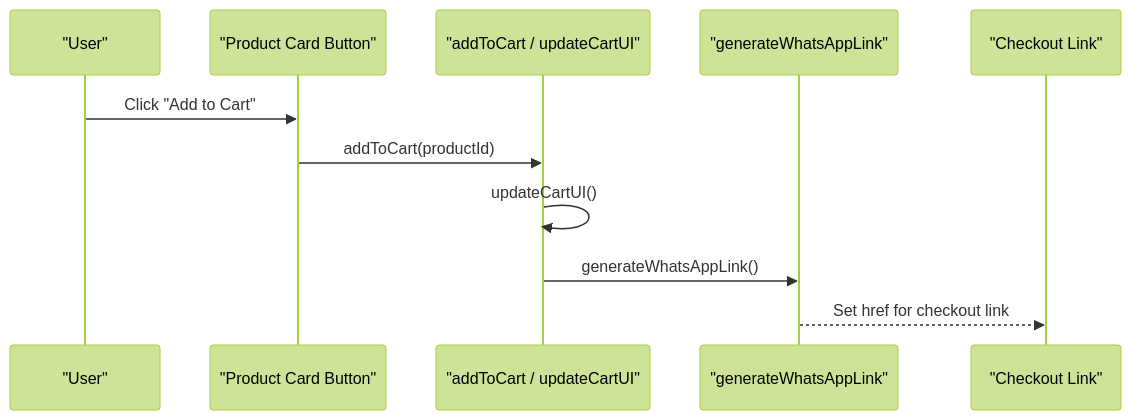
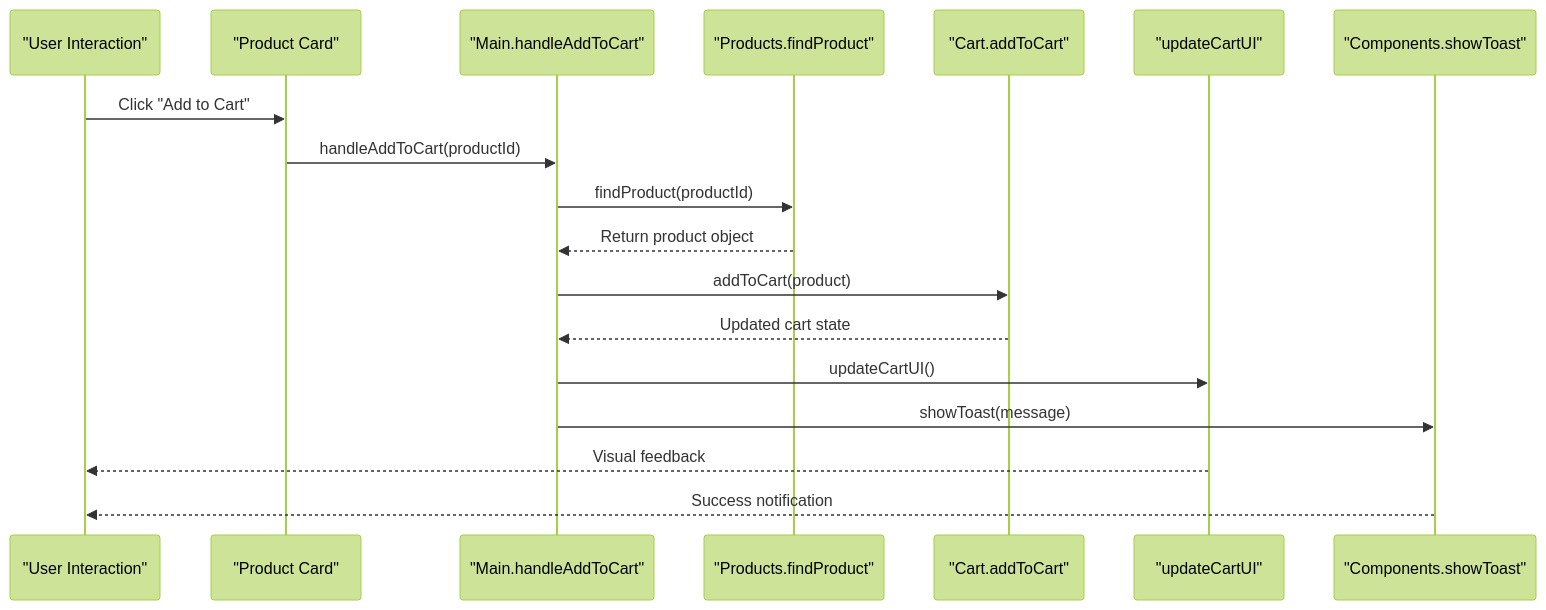
The sixth of 6 diagrams in .qoder/repowiki/en/content/Product Management System/Product Management System.md (queenflowerhk/queenflowerhk.github.io), drawn with Mermaid (forest theme) before and after one commit. The commit also changed other lines of this file and 36 other files, not shown here.

````diff
--- a/.qoder/repowiki/en/content/Product Management System/Product Management System.md
+++ b/.qoder/repowiki/en/content/Product Management System/Product Management System.md
@@ -286,13 +273,20 @@
 ```mermaid
 sequenceDiagram
-participant User as "User"
-participant Card as "Product Card Button"
-participant Cart as "addToCart / updateCartUI"
-participant WA as "generateWhatsAppLink"
-participant DOM as "Checkout Link"
+participant User as "User Interaction"
+participant Card as "Product Card"
+participant Main as "Main.handleAddToCart"
+participant Products as "Products.findProduct"
+participant Cart as "Cart.addToCart"
+participant UI as "updateCartUI"
+participant Toast as "Components.showToast"
 User->>Card : Click "Add to Cart"
-Card->>Cart : addToCart(productId)
-Cart->>Cart : updateCartUI()
-Cart->>WA : generateWhatsAppLink()
-WA-->>DOM : Set href for checkout link
+Card->>Main : handleAddToCart(productId)
+Main->>Products : findProduct(productId)
+Products-->>Main : Return product object
+Main->>Cart : addToCart(product)
+Cart-->>Main : Updated cart state
+Main->>UI : updateCartUI()
+Main->>Toast : showToast(message)
+UI-->>User : Visual feedback
+Toast-->>User : Success notification
 ```
````
